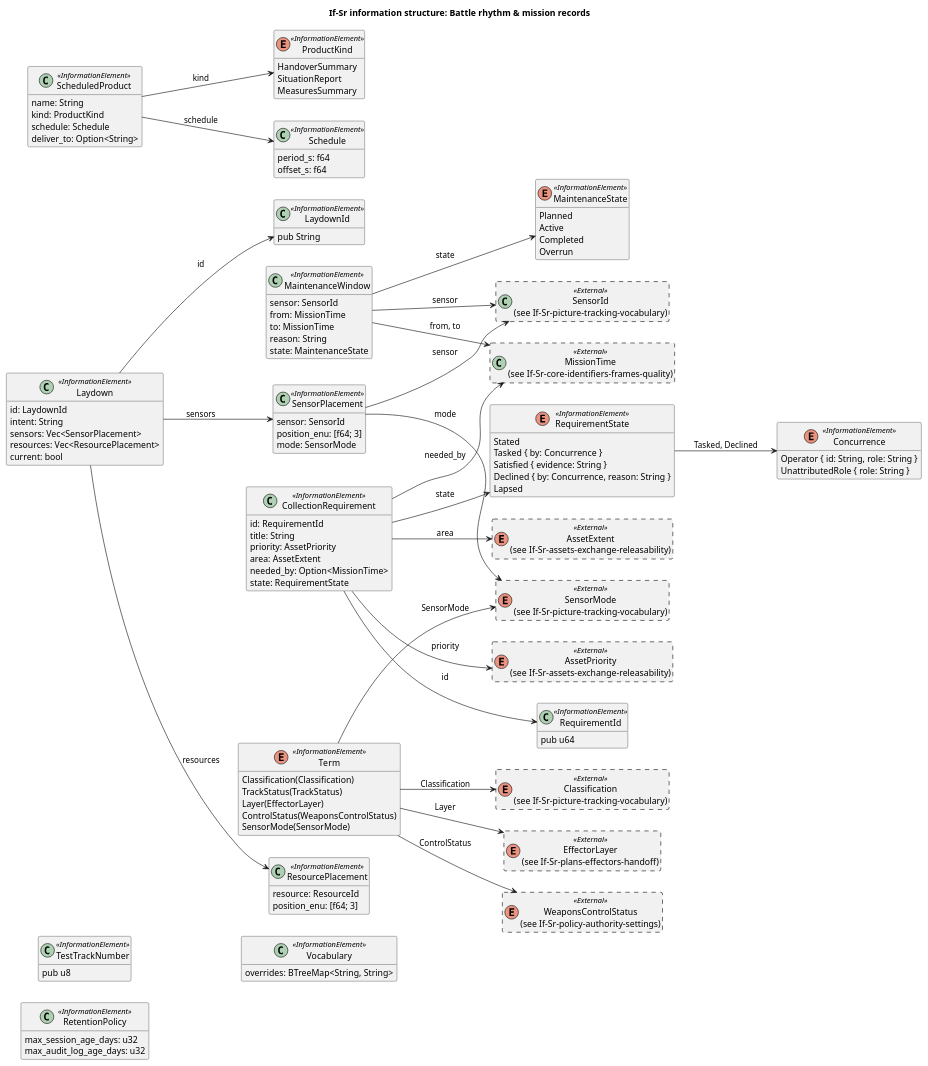
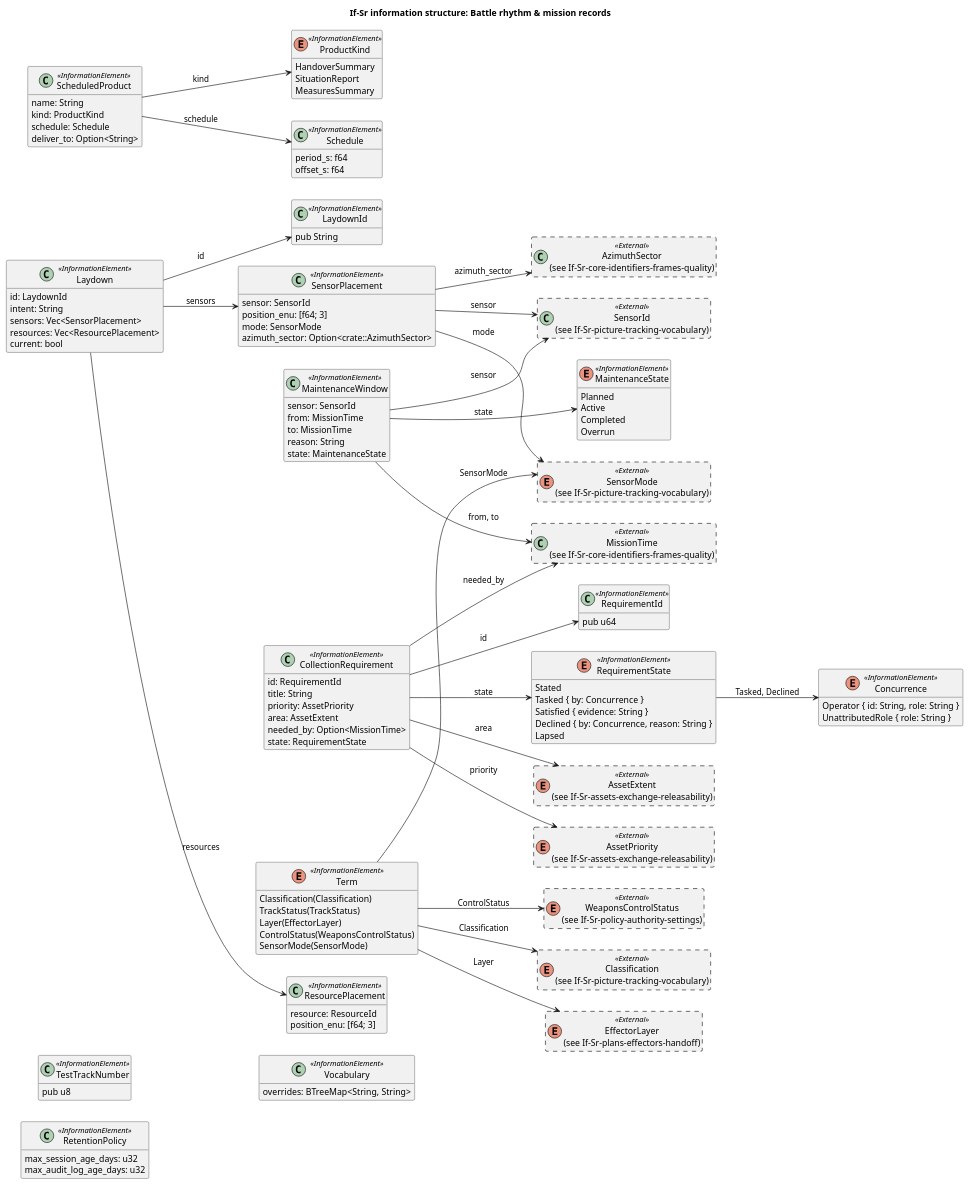
Before and after one commit to WayneRoessling/gungnir: the diagram in docs/architecture/uaf/information/If-Sr-battle-rhythm-mission-records.puml, drawn with PlantUML. The commit also changed 65 other files, not shown here.

```diff
--- a/docs/architecture/uaf/information/If-Sr-battle-rhythm-mission-records.puml
+++ b/docs/architecture/uaf/information/If-Sr-battle-rhythm-mission-records.puml
@@ -1,128 +1,132 @@
 @startuml If-Sr-battle-rhythm-mission-records
 title If-Sr information structure: Battle rhythm & mission records
 left to right direction
 hide empty members
 skinparam classAttributeIconSize 0
 class "LaydownId" as LaydownId <<InformationElement>> {
   pub String
 }
 class "SensorPlacement" as SensorPlacement <<InformationElement>> {
   sensor: SensorId
   position_enu: [f64; 3]
   mode: SensorMode
+  azimuth_sector: Option<crate::AzimuthSector>
 }
 class "ResourcePlacement" as ResourcePlacement <<InformationElement>> {
   resource: ResourceId
   position_enu: [f64; 3]
 }
 class "Laydown" as Laydown <<InformationElement>> {
   id: LaydownId
   intent: String
   sensors: Vec<SensorPlacement>
   resources: Vec<ResourcePlacement>
   current: bool
 }
 class "TestTrackNumber" as TestTrackNumber <<InformationElement>> {
   pub u8
 }
 class "RequirementId" as RequirementId <<InformationElement>> {
   pub u64
 }
 enum "Concurrence" as Concurrence <<InformationElement>> {
   Operator { id: String, role: String }
   UnattributedRole { role: String }
 }
 class "CollectionRequirement" as CollectionRequirement <<InformationElement>> {
   id: RequirementId
   title: String
   priority: AssetPriority
   area: AssetExtent
   needed_by: Option<MissionTime>
   state: RequirementState
 }
 enum "RequirementState" as RequirementState <<InformationElement>> {
   Stated
   Tasked { by: Concurrence }
   Satisfied { evidence: String }
   Declined { by: Concurrence, reason: String }
   Lapsed
 }
 class "RetentionPolicy" as RetentionPolicy <<InformationElement>> {
   max_session_age_days: u32
   max_audit_log_age_days: u32
 }
 class "ScheduledProduct" as ScheduledProduct <<InformationElement>> {
   name: String
   kind: ProductKind
   schedule: Schedule
   deliver_to: Option<String>
 }
 enum "ProductKind" as ProductKind <<InformationElement>> {
   HandoverSummary
   SituationReport
   MeasuresSummary
 }
 class "Schedule" as Schedule <<InformationElement>> {
   period_s: f64
   offset_s: f64
 }
 class "MaintenanceWindow" as MaintenanceWindow <<InformationElement>> {
   sensor: SensorId
   from: MissionTime
   to: MissionTime
   reason: String
   state: MaintenanceState
 }
 enum "MaintenanceState" as MaintenanceState <<InformationElement>> {
   Planned
   Active
   Completed
   Overrun
 }
 enum "Term" as Term <<InformationElement>> {
   Classification(Classification)
   TrackStatus(TrackStatus)
   Layer(EffectorLayer)
   ControlStatus(WeaponsControlStatus)
   SensorMode(SensorMode)
 }
 class "Vocabulary" as Vocabulary <<InformationElement>> {
   overrides: BTreeMap<String, String>
 }
 enum "AssetExtent\n(see If-Sr-assets-exchange-releasability)" as AssetExtent <<External>> #line.dashed {
 }
 enum "AssetPriority\n(see If-Sr-assets-exchange-releasability)" as AssetPriority <<External>> #line.dashed {
 }
+class "AzimuthSector\n(see If-Sr-core-identifiers-frames-quality)" as AzimuthSector <<External>> #line.dashed {
+}
 enum "Classification\n(see If-Sr-picture-tracking-vocabulary)" as Classification <<External>> #line.dashed {
 }
 enum "EffectorLayer\n(see If-Sr-plans-effectors-handoff)" as EffectorLayer <<External>> #line.dashed {
 }
 class "MissionTime\n(see If-Sr-core-identifiers-frames-quality)" as MissionTime <<External>> #line.dashed {
 }
 class "SensorId\n(see If-Sr-picture-tracking-vocabulary)" as SensorId <<External>> #line.dashed {
 }
 enum "SensorMode\n(see If-Sr-picture-tracking-vocabulary)" as SensorMode <<External>> #line.dashed {
 }
 enum "WeaponsControlStatus\n(see If-Sr-policy-authority-settings)" as WeaponsControlStatus <<External>> #line.dashed {
 }
+SensorPlacement --> AzimuthSector : azimuth_sector
 SensorPlacement --> SensorId : sensor
 SensorPlacement --> SensorMode : mode
 Laydown --> LaydownId : id
 Laydown --> ResourcePlacement : resources
 Laydown --> SensorPlacement : sensors
 CollectionRequirement --> AssetExtent : area
 CollectionRequirement --> AssetPriority : priority
 CollectionRequirement --> MissionTime : needed_by
 CollectionRequirement --> RequirementId : id
 CollectionRequirement --> RequirementState : state
 RequirementState --> Concurrence : Tasked, Declined
 ScheduledProduct --> ProductKind : kind
 ScheduledProduct --> Schedule : schedule
 MaintenanceWindow --> MaintenanceState : state
 MaintenanceWindow --> MissionTime : from, to
 MaintenanceWindow --> SensorId : sensor
 Term --> Classification : Classification
 Term --> EffectorLayer : Layer
 Term --> SensorMode : SensorMode
 Term --> WeaponsControlStatus : ControlStatus
 @enduml
```
